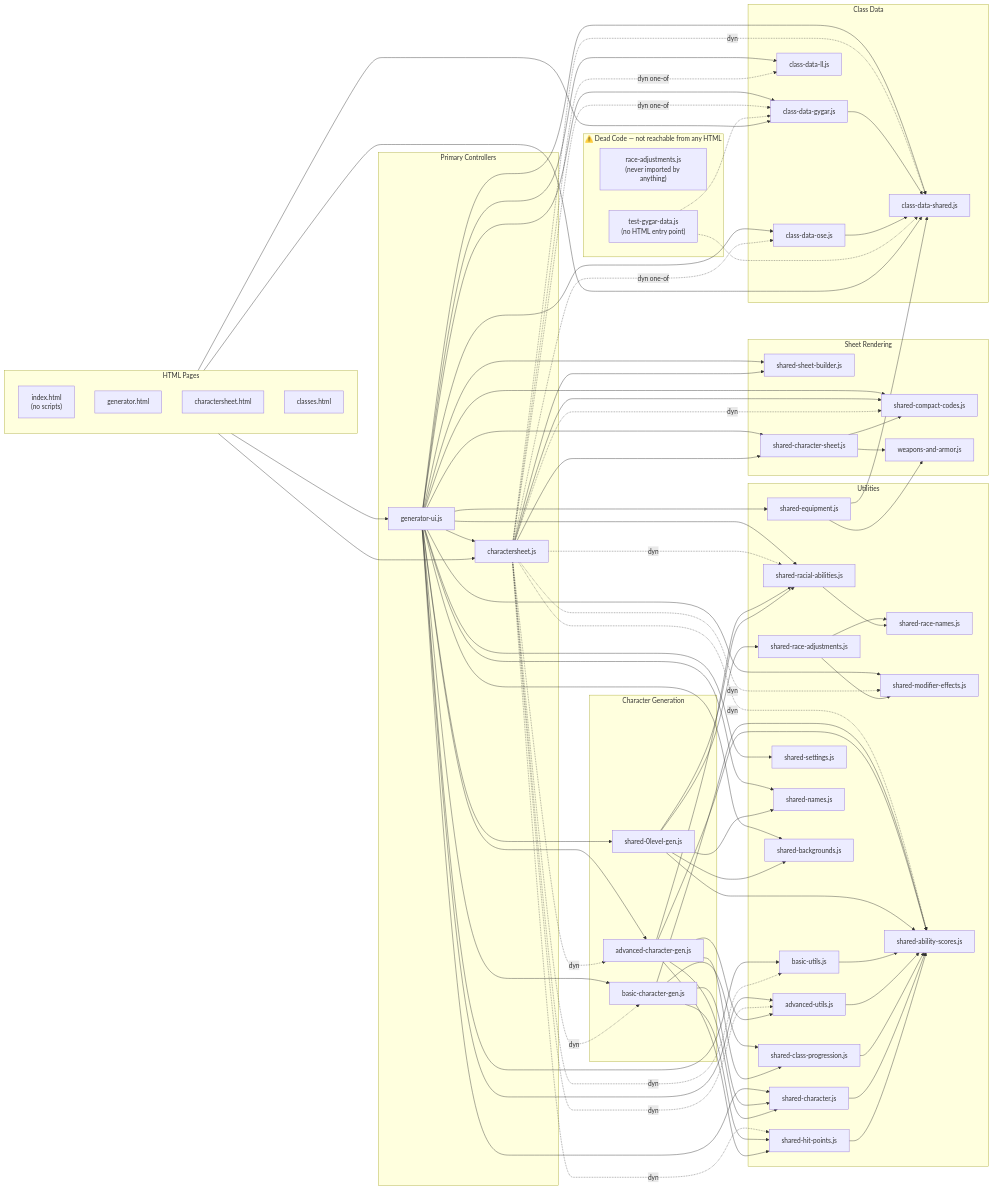
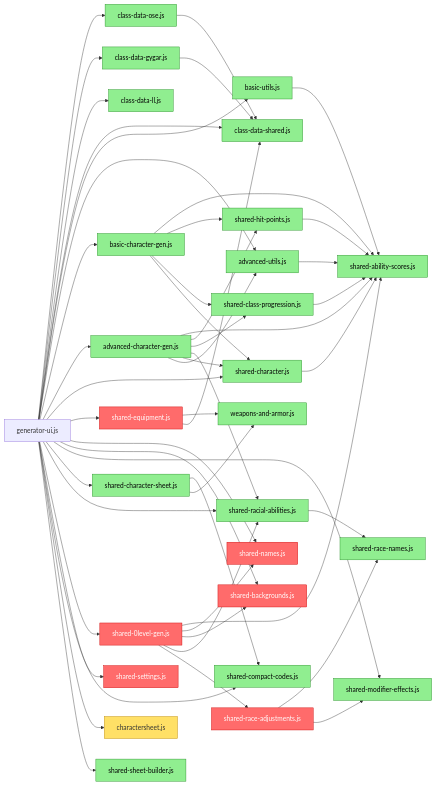
One commit to bmfrosty/ose-level-0 changed the second of 2 diagrams in FLOWCHART.md. Above: the diagram before and after it, drawn with Mermaid. The commit also changed other lines of this file and 2 other files, not shown here.

````diff
--- a/FLOWCHART.md
+++ b/FLOWCHART.md
@@ -6,74 +96,42 @@
 ```mermaid
 flowchart LR
-    %% ── HTML Entry Points ────────────────────────────────────────────────────
-    subgraph HTML ["HTML Pages"]
-        direction TB
-        index["index.html\n(no scripts)"]
-        generator_html["generator.html"]
-        charsheet_html["charactersheet.html"]
-        classes_html["classes.html"]
-    end
+    classDef shared  fill:#90EE90,stroke:#228B22,color:#000
+    classDef genOnly fill:#ff6b6b,stroke:#c00,color:#fff
 
-    %% ── Primary Controllers ──────────────────────────────────────────────────
-    subgraph Controllers ["Primary Controllers"]
-        genui["generator-ui.js"]
-        csjs["charactersheet.js"]
-    end
+    genui["generator-ui.js"]
 
-    %% ── Character Generation ─────────────────────────────────────────────────
-    subgraph CharGen ["Character Generation"]
-        basicgen["basic-character-gen.js"]
-        advgen["advanced-character-gen.js"]
-        zgen["shared-0level-gen.js"]
-    end
+    csjs["charactersheet.js"]
+    basicgen["basic-character-gen.js"]
+    advgen["advanced-character-gen.js"]
+    zgen["shared-0level-gen.js"]
+    basicutils["basic-utils.js"]
+    advutils["advanced-utils.js"]
+    clsprog["shared-class-progression.js"]
+    char["shared-character.js"]
+    hp["shared-hit-points.js"]
+    racadj["shared-race-adjustments.js"]
+    racial["shared-racial-abilities.js"]
+    racenames["shared-race-names.js"]
+    eq["shared-equipment.js"]
+    settings["shared-settings.js"]
+    names["shared-names.js"]
+    bg["shared-backgrounds.js"]
+    modeff["shared-modifier-effects.js"]
+    abilsc["shared-ability-scores.js"]
+    sheetbuilder["shared-sheet-builder.js"]
+    charsheetjs["shared-character-sheet.js"]
+    compact["shared-compact-codes.js"]
+    wa["weapons-and-armor.js"]
+    cdshared["class-data-shared.js"]
+    cdose["class-data-ose.js"]
+    cdgygar["class-data-gygar.js"]
+    cdll["class-data-ll.js"]
 
-    %% ── Utilities ────────────────────────────────────────────────────────────
-    subgraph Utils ["Utilities"]
-        basicutils["basic-utils.js"]
-        advutils["advanced-utils.js"]
-        clsprog["shared-class-progression.js"]
-        char["shared-character.js"]
-        hp["shared-hit-points.js"]
-        racadj["shared-race-adjustments.js"]
-        racial["shared-racial-abilities.js"]
-        racenames["shared-race-names.js"]
-        eq["shared-equipment.js"]
-        settings["shared-settings.js"]
-        names["shared-names.js"]
-        bg["shared-backgrounds.js"]
-        modeff["shared-modifier-effects.js"]
-        abilsc["shared-ability-scores.js"]
-    end
+    class basicgen,advgen,basicutils,advutils,clsprog,char,hp,racial,racenames,modeff,abilsc,sheetbuilder,charsheetjs,compact,wa,cdshared,cdose,cdgygar,cdll shared
+    class zgen,racadj,eq,settings,names,bg genOnly
+    style csjs fill:#ffe066,stroke:#b8860b,color:#333
 
-    %% ── Sheet Rendering ──────────────────────────────────────────────────────
-    subgraph SheetRender ["Sheet Rendering"]
-        sheetbuilder["shared-sheet-builder.js"]
-        charsheetjs["shared-character-sheet.js"]
-        compact["shared-compact-codes.js"]
-        wa["weapons-and-armor.js"]
-    end
-
-    %% ── Class Data ───────────────────────────────────────────────────────────
-    subgraph ClassData ["Class Data"]
-        cdshared["class-data-shared.js"]
-        cdose["class-data-ose.js"]
-        cdgygar["class-data-gygar.js"]
-        cdll["class-data-ll.js"]
-    end
-
-    %% ── Dead Code ────────────────────────────────────────────────────────────
-    subgraph Dead ["⚠️ Dead Code — not reachable from any HTML"]
-        raceadj_dead["race-adjustments.js\n(never imported by anything)"]
-        testgygar["test-gygar-data.js\n(no HTML entry point)"]
-    end
-
-    %% ── HTML → first-level JS ────────────────────────────────────────────────
-    generator_html --> genui
-    charsheet_html --> csjs
-    classes_html   --> cdgygar
-    classes_html   --> cdshared
-
-    %% ── generator-ui.js static imports ──────────────────────────────────────
+    %% generator-ui.js static imports
     genui --> cdose
     genui --> cdgygar
     genui --> cdll
@@ -95,33 +153,18 @@
     genui --> csjs
     genui --> sheetbuilder
 
-    %% ── charactersheet.js static imports ────────────────────────────────────
-    csjs --> charsheetjs
-    csjs --> compact
-    csjs --> sheetbuilder
+    %% charactersheet.js — not expanded here, see diagram above
+    charsheetjs --> compact
+    charsheetjs --> wa
 
-    %% ── charactersheet.js dynamic imports ───────────────────────────────────
-    csjs -.->|dyn| abilsc
-    csjs -.->|dyn| modeff
-    csjs -.->|dyn| cdshared
-    csjs -.->|dyn one-of| cdose
-    csjs -.->|dyn one-of| cdgygar
-    csjs -.->|dyn one-of| cdll
-    csjs -.->|dyn| racial
-    csjs -.->|dyn| advutils
-    csjs -.->|dyn| advgen
-    csjs -.->|dyn| basicgen
-    csjs -.->|dyn| basicutils
-    csjs -.->|dyn| hp
-    csjs -.->|dyn| compact
+    cdose   --> cdshared
+    cdgygar --> cdshared
 
-    %% ── basic-character-gen.js ───────────────────────────────────────────────
     basicgen --> abilsc
     basicgen --> hp
     basicgen --> clsprog
     basicgen --> char
 
-    %% ── advanced-character-gen.js ────────────────────────────────────────────
     advgen --> abilsc
     advgen --> hp
     advgen --> clsprog
@@ -129,46 +172,22 @@
     advgen --> char
     advgen --> advutils
 
-    %% ── shared-0level-gen.js ─────────────────────────────────────────────────
     zgen --> abilsc
     zgen --> names
     zgen --> bg
     zgen --> racial
     zgen --> racadj
 
-    %% ── basic-utils.js / advanced-utils.js ───────────────────────────────────
     basicutils --> abilsc
     advutils   --> abilsc
+    clsprog    --> abilsc
+    char       --> abilsc
+    hp         --> abilsc
 
-    %% ── shared-class-progression.js ──────────────────────────────────────────
-    clsprog --> abilsc
-
-    %% ── shared-character.js ──────────────────────────────────────────────────
-    char --> abilsc
-
-    %% ── shared-hit-points.js ─────────────────────────────────────────────────
-    hp --> abilsc
-
-    %% ── shared-race-adjustments.js ───────────────────────────────────────────
     racadj --> racenames
     racadj --> modeff
-
-    %% ── shared-racial-abilities.js ───────────────────────────────────────────
     racial --> racenames
 
-    %% ── shared-equipment.js ──────────────────────────────────────────────────
     eq --> wa
     eq --> cdshared
-
-    %% ── shared-character-sheet.js ────────────────────────────────────────────
-    charsheetjs --> compact
-    charsheetjs --> wa
-
-    %% ── class-data-gygar.js / class-data-ose.js ──────────────────────────────
-    cdgygar --> cdshared
-    cdose   --> cdshared
-
-    %% ── Dead code internal imports (shown dashed) ────────────────────────────
-    testgygar -.-> cdgygar
-    testgygar -.-> cdshared
 ```
````
